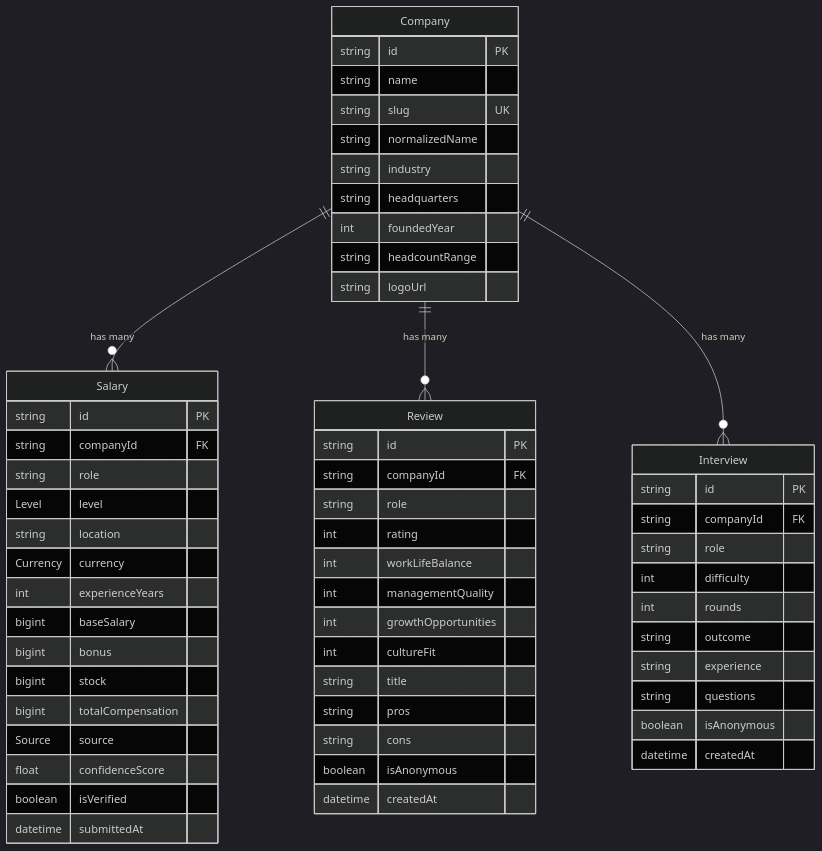
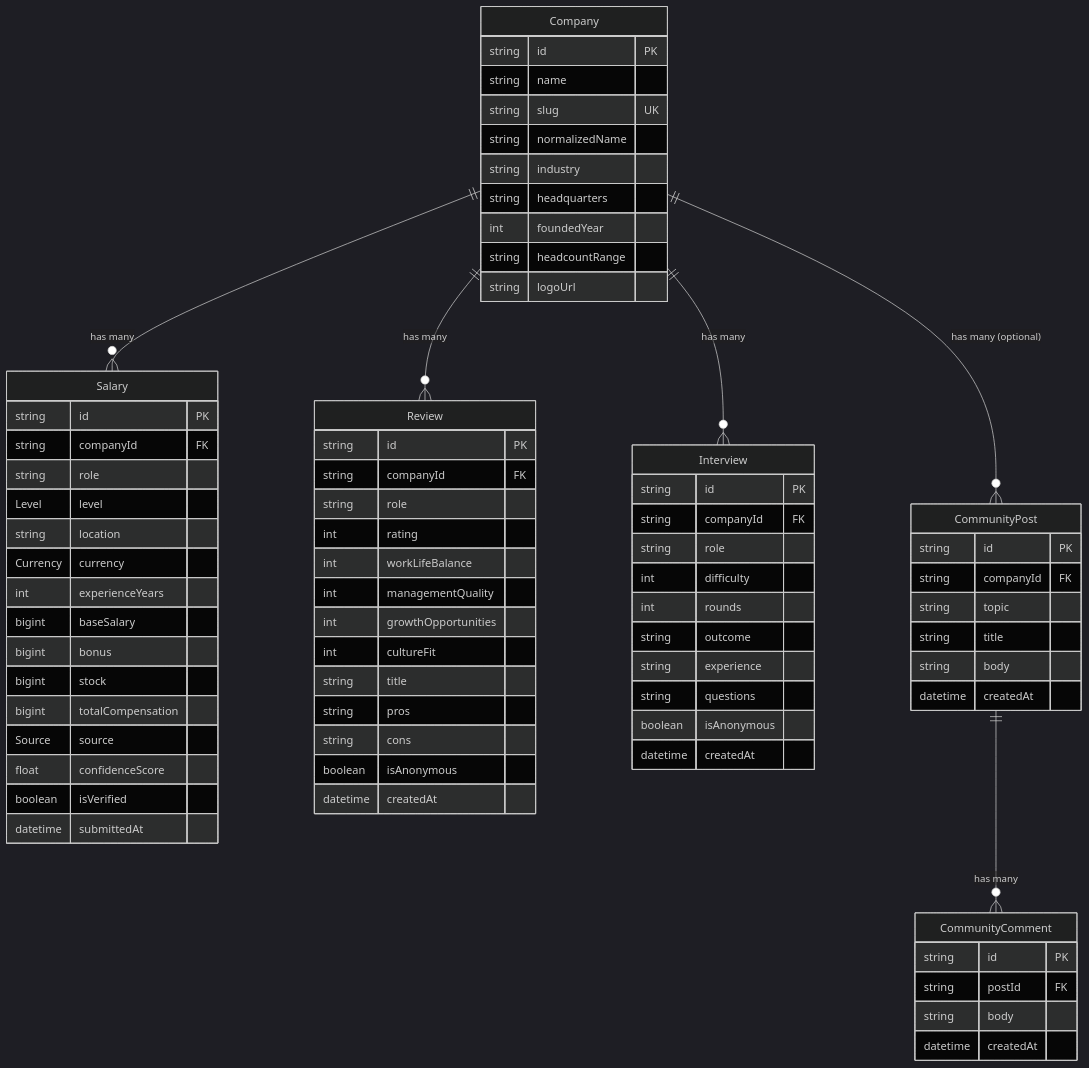
One commit to its-SamiKhan/TalentDash-FullStack changed the first of 2 diagrams in README.md. Above: the diagram before and after it, drawn with Mermaid (dark theme). The commit also changed other lines of this file, not shown here.

````diff
--- a/README.md
+++ b/README.md
@@ -29,61 +29,77 @@
 ```mermaid
 erDiagram
     Company {
         string id PK
         string name
         string slug UK
         string normalizedName
         string industry
         string headquarters
         int foundedYear
         string headcountRange
         string logoUrl
     }
     Salary {
         string id PK
         string companyId FK
         string role
         Level level
         string location
         Currency currency
         int experienceYears
         bigint baseSalary
         bigint bonus
         bigint stock
         bigint totalCompensation
         Source source
         float confidenceScore
         boolean isVerified
         datetime submittedAt
     }
     Review {
         string id PK
         string companyId FK
         string role
         int rating
         int workLifeBalance
         int managementQuality
         int growthOpportunities
         int cultureFit
         string title
         string pros
         string cons
         boolean isAnonymous
         datetime createdAt
     }
     Interview {
         string id PK
         string companyId FK
         string role
         int difficulty
         int rounds
         string outcome
         string experience
         string questions
         boolean isAnonymous
         datetime createdAt
     }
+    CommunityPost {
+        string id PK
+        string companyId FK
+        string topic
+        string title
+        string body
+        datetime createdAt
+    }
+    CommunityComment {
+        string id PK
+        string postId FK
+        string body
+        datetime createdAt
+    }
     Company ||--o{ Salary : "has many"
     Company ||--o{ Review : "has many"
     Company ||--o{ Interview : "has many"
+    Company ||--o{ CommunityPost : "has many (optional)"
+    CommunityPost ||--o{ CommunityComment : "has many"
 ```
````
